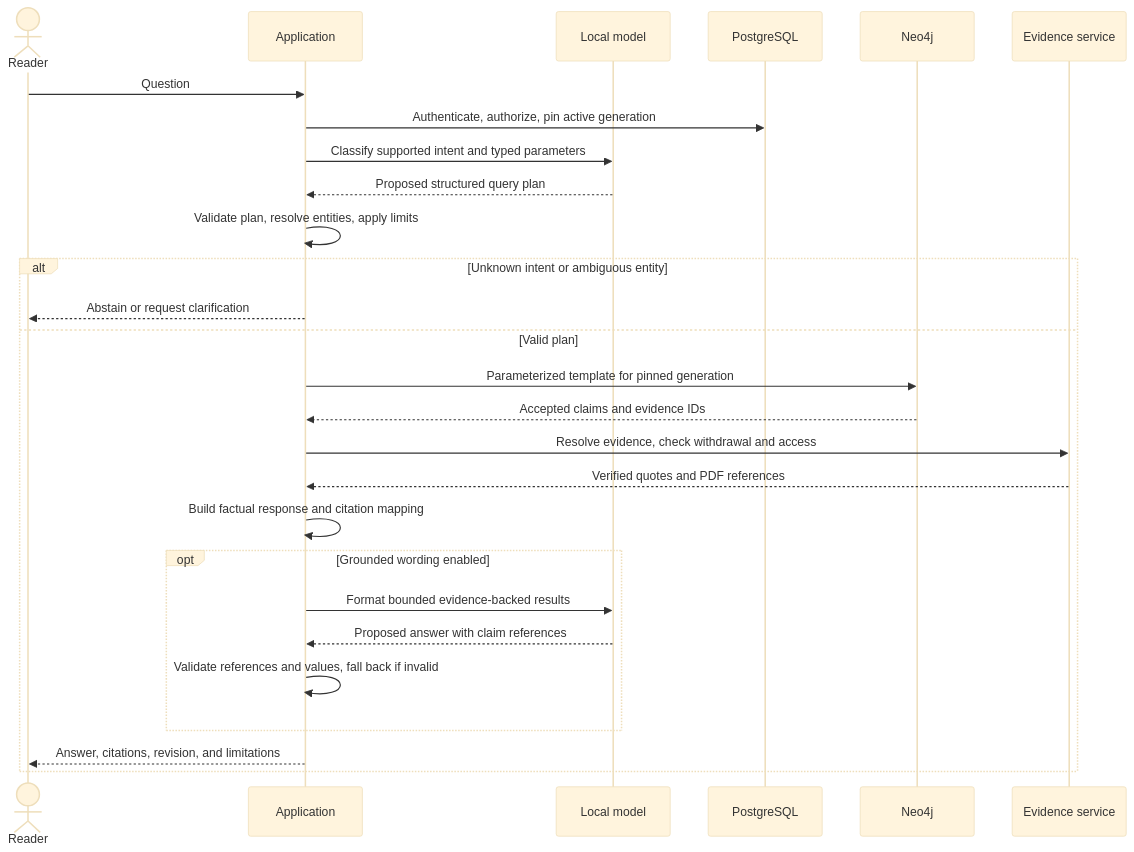
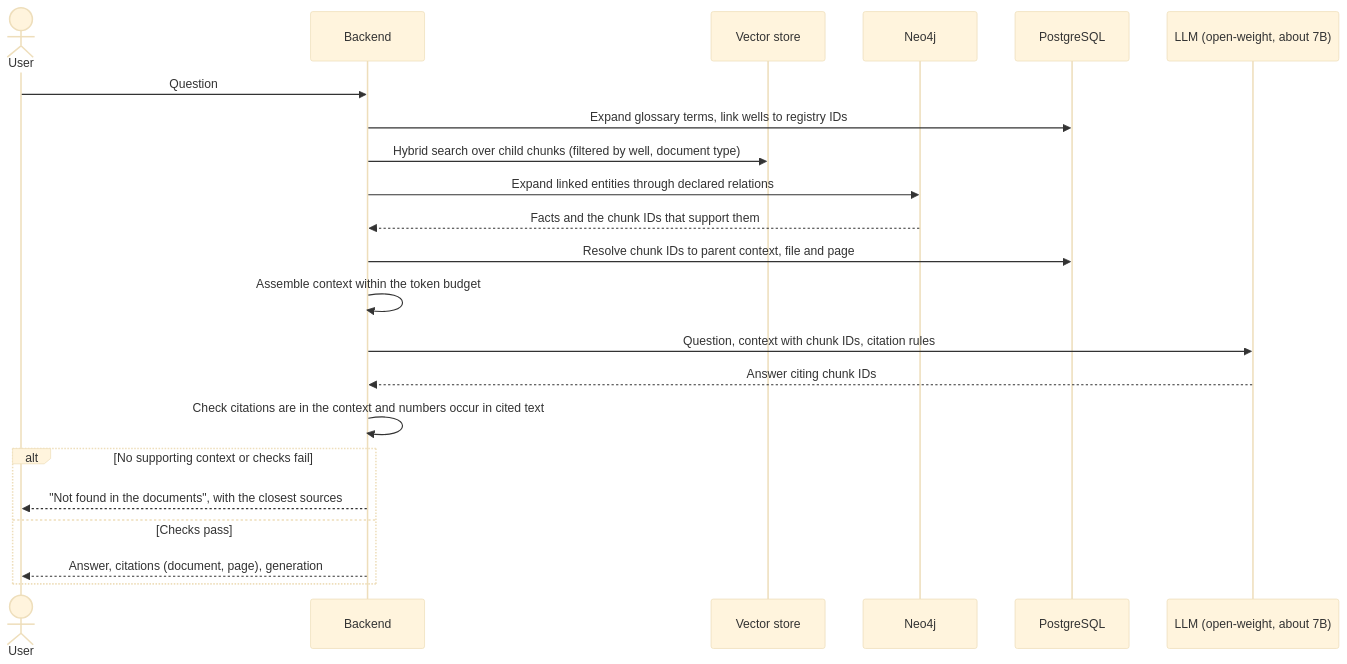
The sixth of 6 diagrams in docs/PROJECT_DESIGN.md (thaitri2005/Secure-O-G-LLM-and-Knowledge-Graph), drawn with Mermaid (base theme) before and after one commit. The commit also changed other lines of this file and 25 other files, not shown here.

First line of the commit message:
Rewrite docs for the 28 October direction: GraphRAG on drilling reports

````diff
--- a/docs/PROJECT_DESIGN.md
+++ b/docs/PROJECT_DESIGN.md
@@ -781,29 +820,24 @@
 ```mermaid
 sequenceDiagram
-    actor Reader
-    participant API as Application
-    participant Model as Local model
+    actor User
+    participant API as Backend
+    participant Vec as Vector store
+    participant Graph as Neo4j
     participant Meta as PostgreSQL
-    participant Graph as Neo4j
-    participant Evidence as Evidence service
-    Reader->>API: Question
-    API->>Meta: Authenticate, authorize, pin active generation
-    API->>Model: Classify supported intent and typed parameters
-    Model-->>API: Proposed structured query plan
-    API->>API: Validate plan, resolve entities, apply limits
-    alt Unknown intent or ambiguous entity
-        API-->>Reader: Abstain or request clarification
-    else Valid plan
-        API->>Graph: Parameterized template for pinned generation
-        Graph-->>API: Accepted claims and evidence IDs
-        API->>Evidence: Resolve evidence, check withdrawal and access
-        Evidence-->>API: Verified quotes and PDF references
-        API->>API: Build factual response and citation mapping
-        opt Grounded wording enabled
-            API->>Model: Format bounded evidence-backed results
-            Model-->>API: Proposed answer with claim references
-            API->>API: Validate references and values, fall back if invalid
-        end
-        API-->>Reader: Answer, citations, revision, and limitations
+    participant LLM as LLM (open-weight, about 7B)
+    User->>API: Question
+    API->>Meta: Expand glossary terms, link wells to registry IDs
+    API->>Vec: Hybrid search over child chunks (filtered by well, document type)
+    API->>Graph: Expand linked entities through declared relations
+    Graph-->>API: Facts and the chunk IDs that support them
+    API->>Meta: Resolve chunk IDs to parent context, file and page
+    API->>API: Assemble context within the token budget
+    API->>LLM: Question, context with chunk IDs, citation rules
+    LLM-->>API: Answer citing chunk IDs
+    API->>API: Check citations are in the context and numbers occur in cited text
+    alt No supporting context or checks fail
+        API-->>User: "Not found in the documents", with the closest sources
+    else Checks pass
+        API-->>User: Answer, citations (document, page), generation
     end
 ```
````
